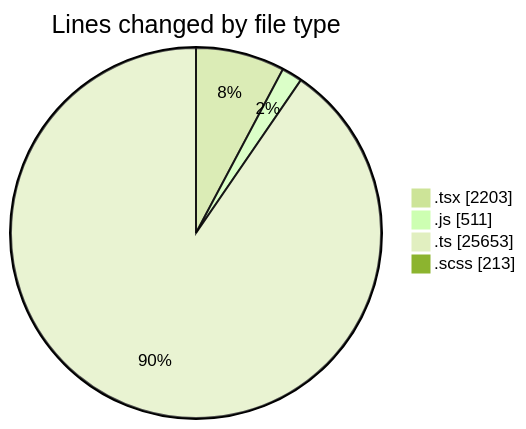
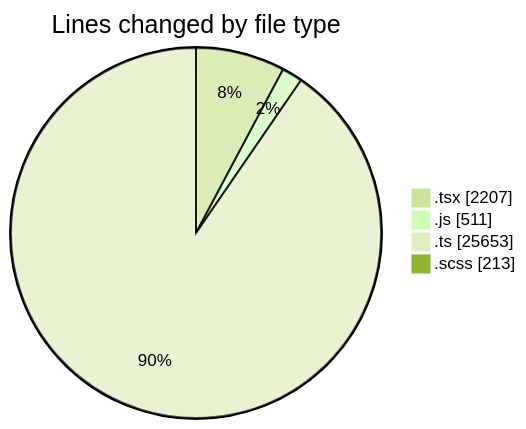
Before and after one commit to momahboobian/code-tracking: the first of 2 diagrams in 2025-06-30/cda/README.md, drawn with Mermaid (forest theme). The commit also changed other lines of this file and 1 other file, not shown here.

````diff
--- a/2025-06-30/cda/README.md
+++ b/2025-06-30/cda/README.md
@@ -41,8 +41,8 @@
 ```mermaid
 pie showData
 title Lines changed by file type
-".tsx" : 2203
+".tsx" : 2207
 ".js" : 511
 ".ts" : 25653
 ".scss" : 213
 ```
````
